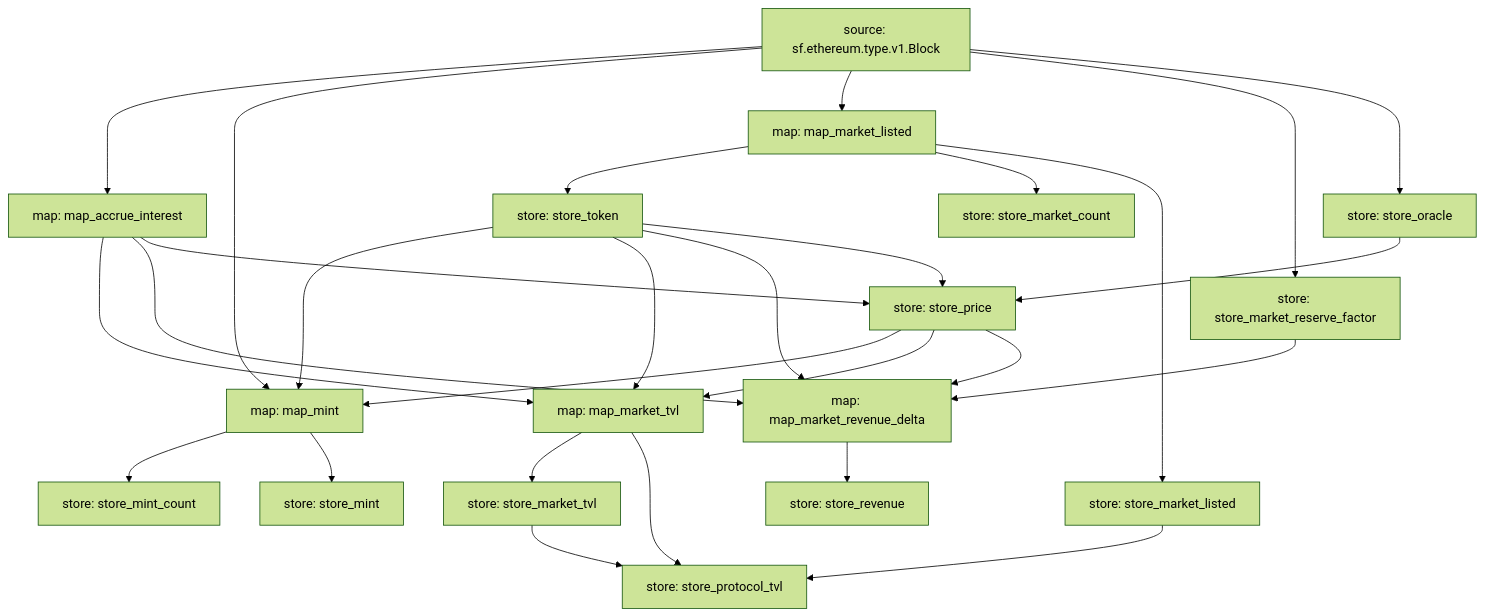
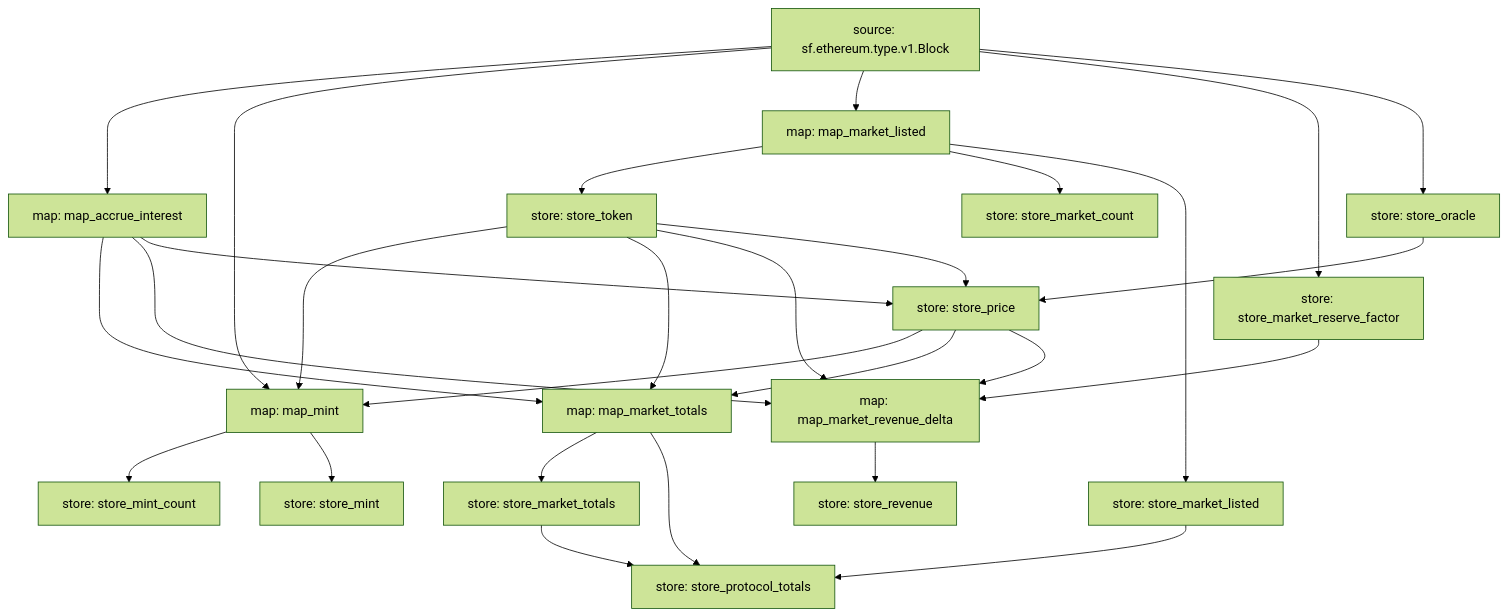
The diagram in README.md (0xbe1/compoundv2-substreams), drawn with Mermaid (forest theme) before and after one commit. The commit also changed other lines of this file and 4 other files, not shown here.

Commit message:
refactor Tvl to Totals to include total_borrows

````diff
--- a/README.md
+++ b/README.md
@@ -7,46 +7,46 @@
 ```mermaid
 graph TD;
   map_accrue_interest[map: map_accrue_interest]
   sf.ethereum.type.v1.Block[source: sf.ethereum.type.v1.Block] --> map_accrue_interest
   map_mint[map: map_mint]
   sf.ethereum.type.v1.Block[source: sf.ethereum.type.v1.Block] --> map_mint
   store_token --> map_mint
   store_price --> map_mint
   map_market_listed[map: map_market_listed]
   sf.ethereum.type.v1.Block[source: sf.ethereum.type.v1.Block] --> map_market_listed
-  map_market_tvl[map: map_market_tvl]
-  map_accrue_interest --> map_market_tvl
-  store_token --> map_market_tvl
-  store_price --> map_market_tvl
+  map_market_totals[map: map_market_totals]
+  map_accrue_interest --> map_market_totals
+  store_token --> map_market_totals
+  store_price --> map_market_totals
   map_market_revenue_delta[map: map_market_revenue_delta]
   map_accrue_interest --> map_market_revenue_delta
   store_market_reserve_factor --> map_market_revenue_delta
   store_price --> map_market_revenue_delta
   store_token --> map_market_revenue_delta
   store_token[store: store_token]
   map_market_listed --> store_token
   store_market_reserve_factor[store: store_market_reserve_factor]
   sf.ethereum.type.v1.Block[source: sf.ethereum.type.v1.Block] --> store_market_reserve_factor
   store_market_count[store: store_market_count]
   map_market_listed --> store_market_count
   store_mint_count[store: store_mint_count]
   map_mint --> store_mint_count
   store_oracle[store: store_oracle]
   sf.ethereum.type.v1.Block[source: sf.ethereum.type.v1.Block] --> store_oracle
   store_price[store: store_price]
   map_accrue_interest --> store_price
   store_oracle --> store_price
   store_token --> store_price
   store_market_listed[store: store_market_listed]
   map_market_listed --> store_market_listed
   store_mint[store: store_mint]
   map_mint --> store_mint
-  store_market_tvl[store: store_market_tvl]
-  map_market_tvl --> store_market_tvl
-  store_protocol_tvl[store: store_protocol_tvl]
-  map_market_tvl --> store_protocol_tvl
-  store_market_listed --> store_protocol_tvl
-  store_market_tvl --> store_protocol_tvl
+  store_market_totals[store: store_market_totals]
+  map_market_totals --> store_market_totals
+  store_protocol_totals[store: store_protocol_totals]
+  map_market_totals --> store_protocol_totals
+  store_market_listed --> store_protocol_totals
+  store_market_totals --> store_protocol_totals
   store_revenue[store: store_revenue]
   map_market_revenue_delta --> store_revenue
 ```
````
